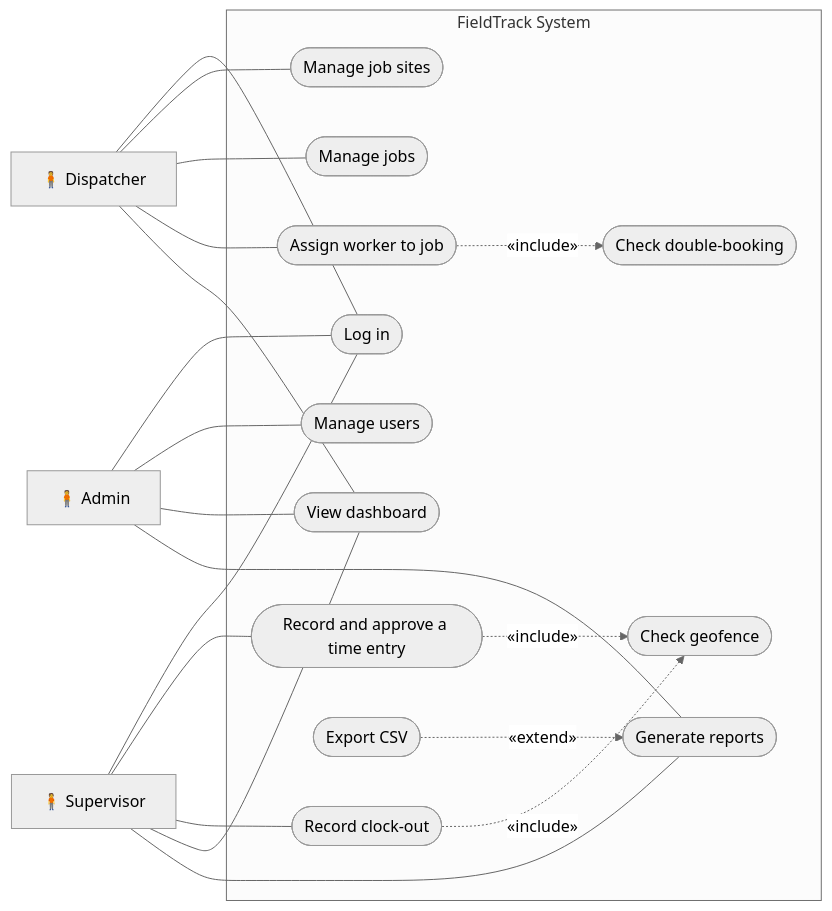
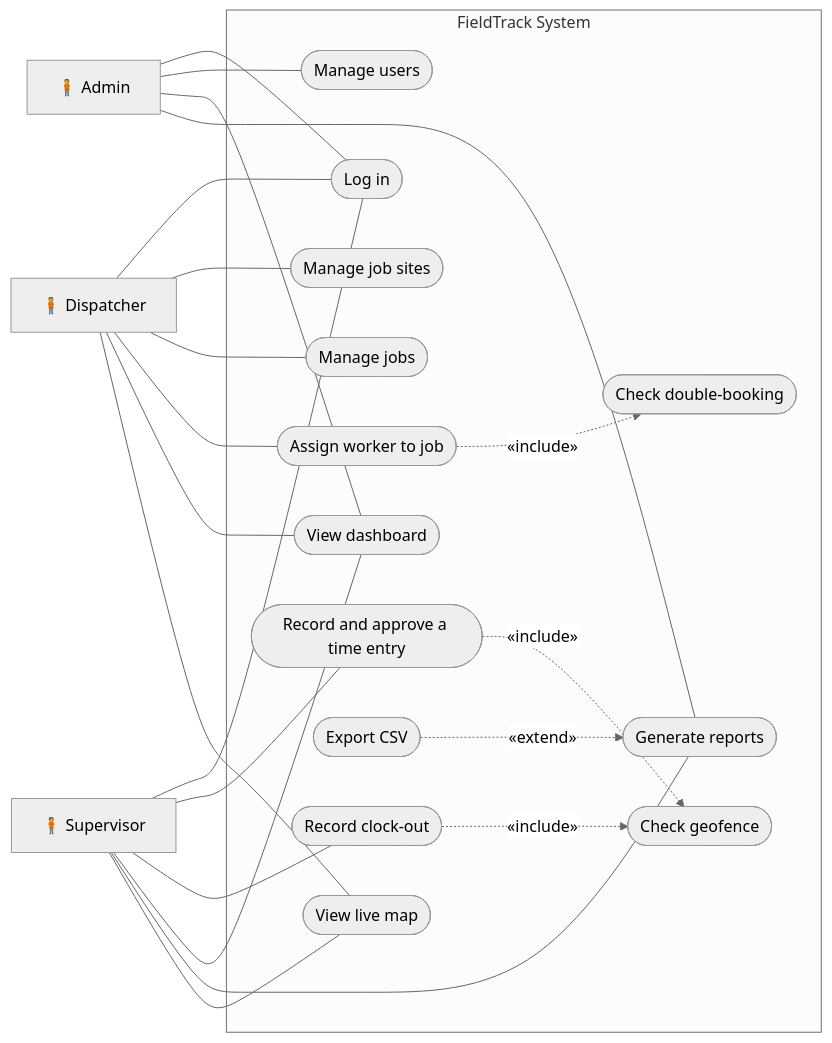
Before and after one commit to Prithugammer/fieldtrack: the diagram in docs/use-cases.md, drawn with Mermaid (neutral theme). The commit also changed other lines of this file and 9 other files, not shown here.

First line of the commit message:
Finalise documentation: README as the project front door, DEMO.md, Live Map design and development notes

````diff
--- a/docs/use-cases.md
+++ b/docs/use-cases.md
@@ -8,43 +8,46 @@
 ```mermaid
 flowchart LR
     ADM["🧍 Admin"]
     DISP["🧍 Dispatcher"]
     SUP["🧍 Supervisor"]
 
     subgraph FieldTrack["FieldTrack System"]
         UC1([Log in])
         UC2([Manage users])
         UC3([Manage job sites])
         UC4([Manage jobs])
         UC5([Assign worker to job])
         UC6([Check double-booking])
         UC7([Record and approve a time entry])
         UC8([Check geofence])
         UC9([Record clock-out])
         UC10([View dashboard])
         UC11([Generate reports])
         UC12([Export CSV])
+        UC13([View live map])
     end
 
     ADM --- UC1
     ADM --- UC2
     ADM --- UC10
     ADM --- UC11
 
     DISP --- UC1
     DISP --- UC3
     DISP --- UC4
     DISP --- UC5
     DISP --- UC10
+    DISP --- UC13
 
     SUP --- UC1
     SUP --- UC7
     SUP --- UC9
     SUP --- UC10
     SUP --- UC11
+    SUP --- UC13
 
     UC5 -. "«include»" .-> UC6
     UC7 -. "«include»" .-> UC8
     UC9 -. "«include»" .-> UC8
     UC12 -. "«extend»" .-> UC11
 ```
````
